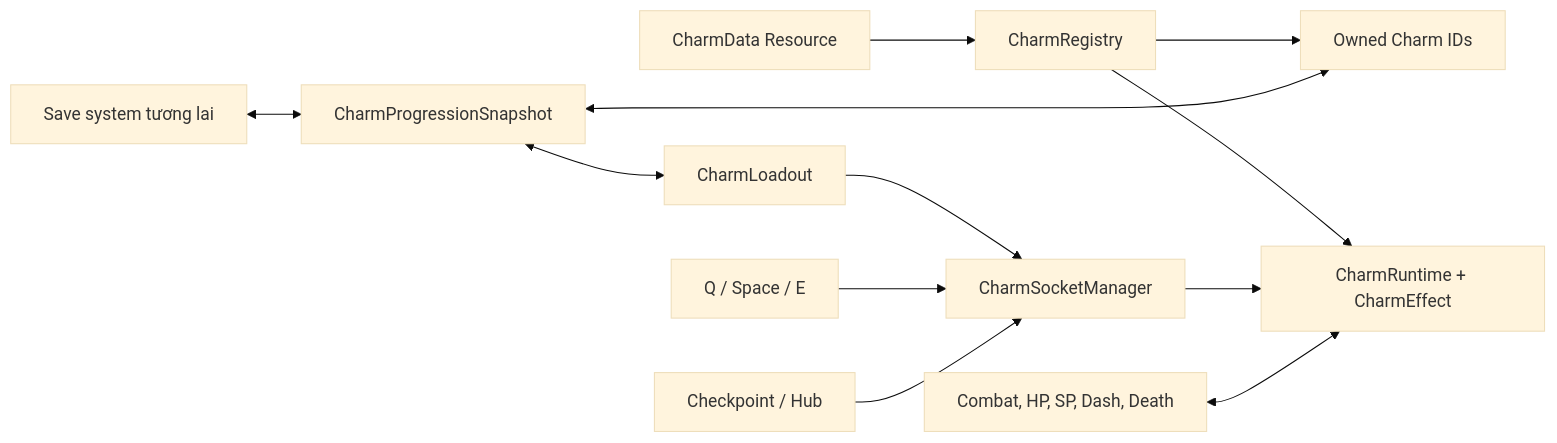
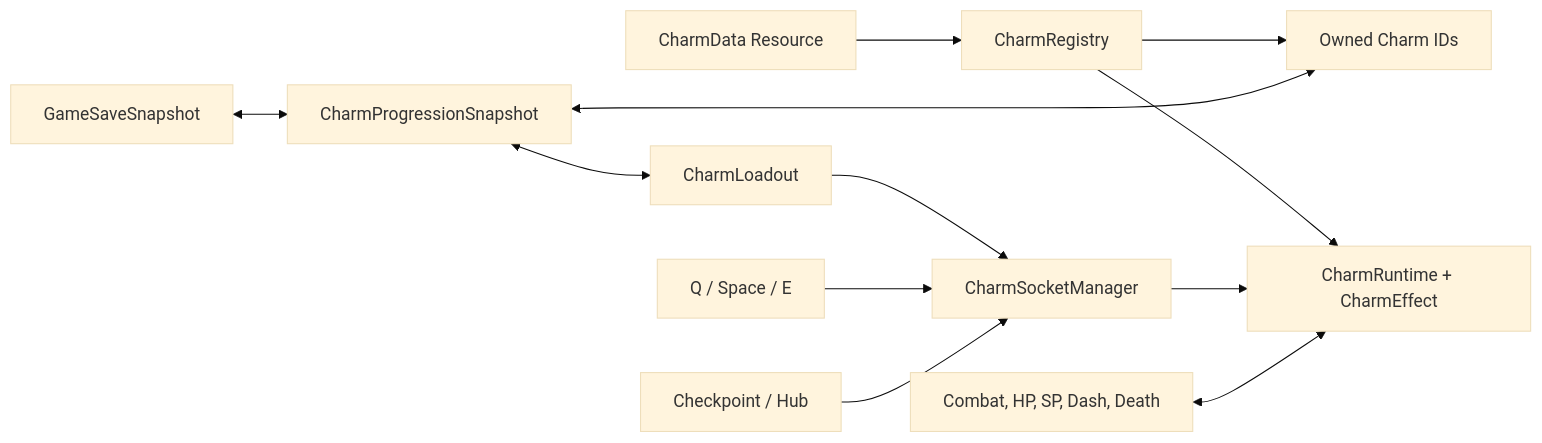
The diagram in docs/gameplay/economy/charm_system.md (Naathan404/foxy-pirate-the-isle-of-secrets), drawn with Mermaid (base theme) before and after one commit. The commit also changed other lines of this file and 39 other files, not shown here.

````diff
--- a/docs/gameplay/economy/charm_system.md
+++ b/docs/gameplay/economy/charm_system.md
@@ -35,14 +35,14 @@
 ```mermaid
 flowchart LR
 	Data[CharmData Resource] --> Registry[CharmRegistry]
 	Registry --> Ownership[Owned Charm IDs]
 	Registry --> Runtime[CharmRuntime + CharmEffect]
 	Loadout[CharmLoadout] --> Manager[CharmSocketManager]
 	Manager --> Runtime
 	Input[Q / Space / E] --> Manager
 	Combat[Combat, HP, SP, Dash, Death] <--> Runtime
 	Safe[Checkpoint / Hub] --> Manager
-	Save[Save system tương lai] <--> Snapshot[CharmProgressionSnapshot]
+	Save[GameSaveSnapshot] <--> Snapshot[CharmProgressionSnapshot]
 	Snapshot <--> Ownership
 	Snapshot <--> Loadout
 ```
````
